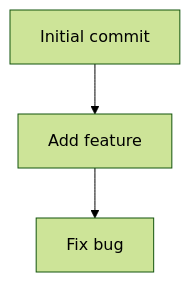
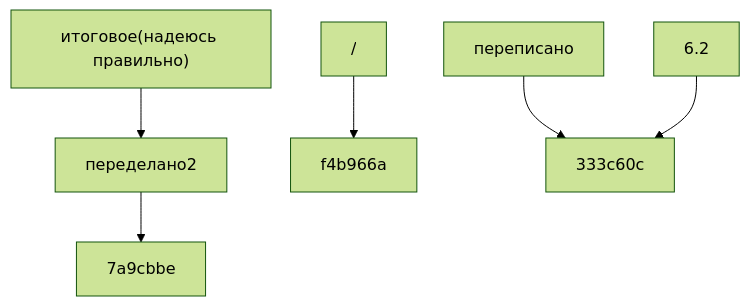
The diagram in dz2/README.md (fedorio00/Isak62.23conf), drawn with Mermaid (forest theme) before and after one commit. The commit also changed other lines of this file and 1 other file, not shown here.

````diff
--- a/dz2/README.md
+++ b/dz2/README.md
@@ -66,5 +82,13 @@
 ```mermaid
 graph TD;
-    abc123["Initial commit"] --> def456["Add feature"]
-    def456 --> ghi789["Fix bug"]
+    3bd99e3["/"]
+    ad03d09["итоговое(надеюсь правильно)"]
+    862fd6c["переделано2"]
+    c0b1e04["переписано"]
+    cceffeb["6.2"]
+    3bd99e3 --> f4b966a
+    ad03d09 --> 862fd6c
+    862fd6c --> 7a9cbbe
+    c0b1e04 --> 333c60c
+    cceffeb --> 333c60c
 ```
````
